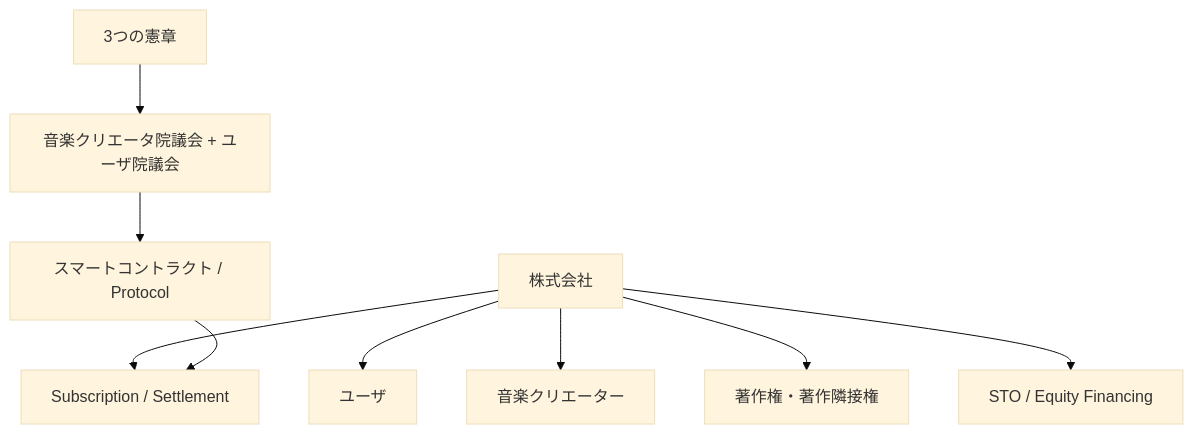
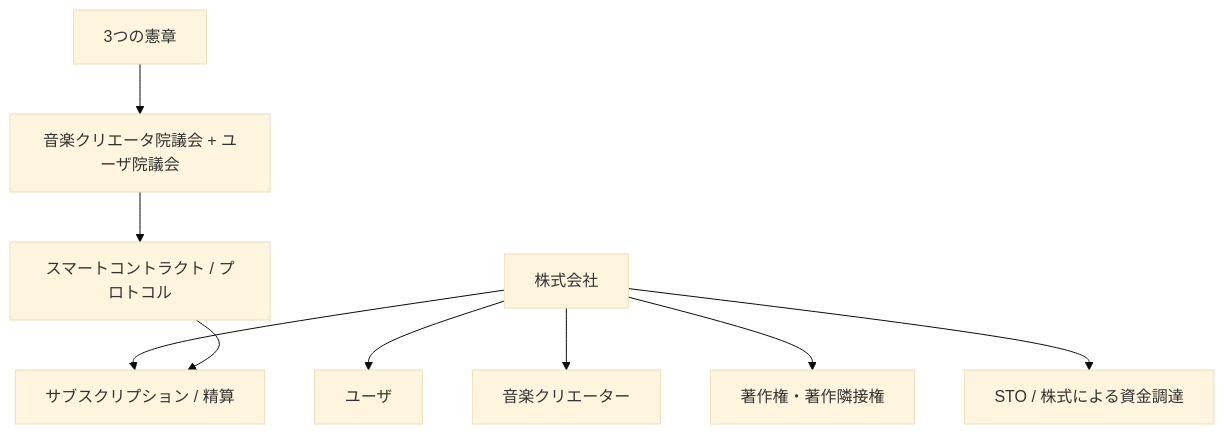
Before and after one commit to ShigeichiroYamasaki/creator-first-platform: the first of 45 diagrams in docs/whitepaper/11-legal-sto-tax.md, drawn with Mermaid (base theme). The commit also changed other lines of this file and 72 other files, not shown here.

````diff
--- a/docs/whitepaper/11-legal-sto-tax.md
+++ b/docs/whitepaper/11-legal-sto-tax.md
@@ -20,23 +20,23 @@
 ```mermaid
 flowchart TD
     CONST[3つの憲章]
     PARL[音楽クリエータ院議会 + ユーザ院議会]
-    CODE[スマートコントラクト / Protocol]
+    CODE[スマートコントラクト / プロトコル]
     CORP[株式会社]
     USERS[ユーザ]
     CREATORS[音楽クリエーター]
     RIGHTS[著作権・著作隣接権]
-    MONEY[Subscription / Settlement]
-    STO[STO / Equity Financing]
+    MONEY[サブスクリプション / 精算]
+    STO[STO / 株式による資金調達]
 
     CONST --> PARL
     PARL --> CODE
 
     CORP --> USERS
     CORP --> CREATORS
     CORP --> RIGHTS
     CORP --> MONEY
     CORP --> STO
 
     CODE --> MONEY
 ```
````
